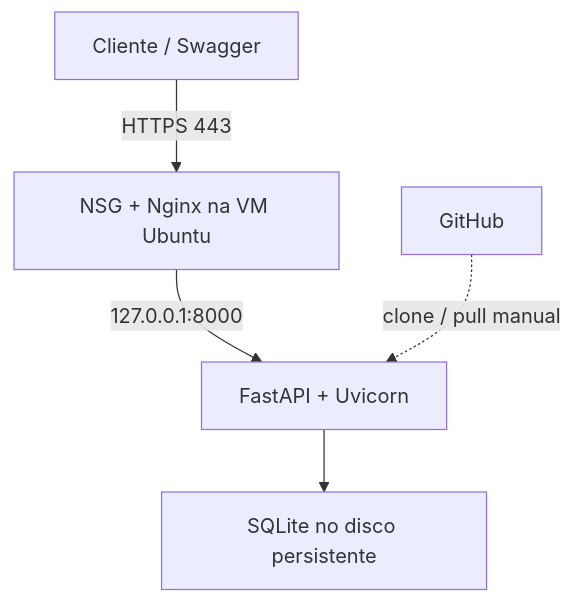
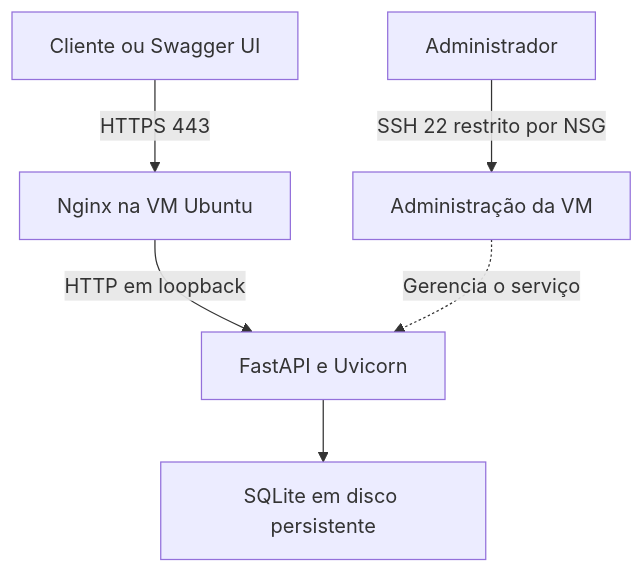
The first of 2 diagrams in README.md (jjysl/vulntrack), drawn with Mermaid before and after one commit. The commit also changed other lines of this file, not shown here.

````diff
--- a/README.md
+++ b/README.md
@@ -40,7 +37,8 @@
 ```mermaid
 flowchart TD
-    C["Cliente / Swagger"] -->|"HTTPS 443"| N["NSG + Nginx na VM Ubuntu"]
-    N -->|"127.0.0.1:8000"| A["FastAPI + Uvicorn"]
-    A --> D["SQLite no disco persistente"]
-    G["GitHub"] -. "clone / pull manual" .-> A
+    cliente["Cliente ou Swagger UI"] -->|"HTTPS 443"| nginx["Nginx na VM Ubuntu"]
+    nginx -->|"HTTP em loopback"| api["FastAPI e Uvicorn"]
+    api --> banco["SQLite em disco persistente"]
+    admin["Administrador"] -->|"SSH 22 restrito por NSG"| vm["Administração da VM"]
+    vm -. "Gerencia o serviço" .-> api
 ```
````
